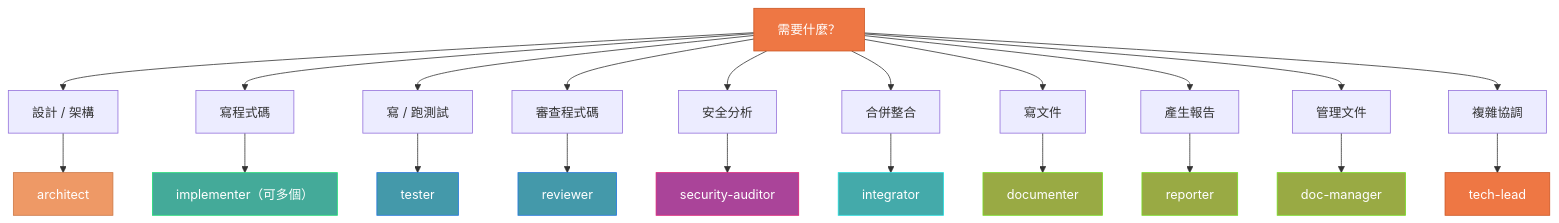
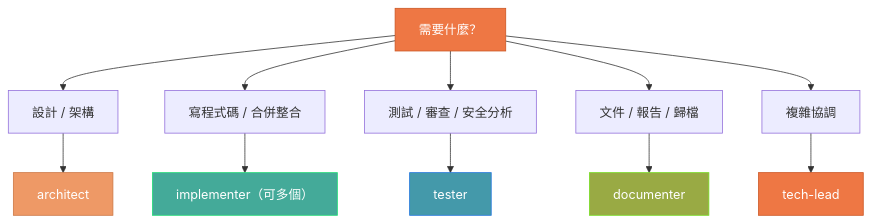
One commit to Muheng1992/symbiotic-engineering changed the first of 2 diagrams in docs/AGENT-ARMY-USAGE.md. Above: the diagram before and after it, drawn with Mermaid. The commit also changed other lines of this file and 46 other files, not shown here.

````diff
--- a/docs/AGENT-ARMY-USAGE.md
+++ b/docs/AGENT-ARMY-USAGE.md
@@ -459,36 +439,21 @@
 ```mermaid
 graph TD
     Q["需要什麼？"] --> A["設計 / 架構"]
-    Q --> B["寫程式碼"]
-    Q --> C["寫 / 跑測試"]
-    Q --> D["審查程式碼"]
-    Q --> E["安全分析"]
-    Q --> F["合併整合"]
-    Q --> G["寫文件"]
-    Q --> H["產生報告"]
-    Q --> I["管理文件"]
-    Q --> J["複雜協調"]
+    Q --> B["寫程式碼 / 合併整合"]
+    Q --> C["測試 / 審查 / 安全分析"]
+    Q --> D["文件 / 報告 / 歸檔"]
+    Q --> E["複雜協調"]
 
     A --> A1[architect]
     B --> B1["implementer（可多個）"]
     C --> C1[tester]
-    D --> D1[reviewer]
-    E --> E1[security-auditor]
-    F --> F1[integrator]
-    G --> G1[documenter]
-    H --> H1[reporter]
-    I --> I1[doc-manager]
-    J --> J1[tech-lead]
+    D --> D1[documenter]
+    E --> E1[tech-lead]
 
     style Q fill:#e74,stroke:#c52,color:#fff
     style A1 fill:#e96,stroke:#c74,color:#fff
     style B1 fill:#4a9,stroke:#2d7,color:#fff
     style C1 fill:#49a,stroke:#27d,color:#fff
-    style D1 fill:#49a,stroke:#27d,color:#fff
-    style E1 fill:#a49,stroke:#d27,color:#fff
-    style F1 fill:#4aa,stroke:#2dd,color:#fff
-    style G1 fill:#9a4,stroke:#7d2,color:#fff
-    style H1 fill:#9a4,stroke:#7d2,color:#fff
-    style I1 fill:#9a4,stroke:#7d2,color:#fff
-    style J1 fill:#e74,stroke:#c52,color:#fff
+    style D1 fill:#9a4,stroke:#7d2,color:#fff
+    style E1 fill:#e74,stroke:#c52,color:#fff
 ```
````
